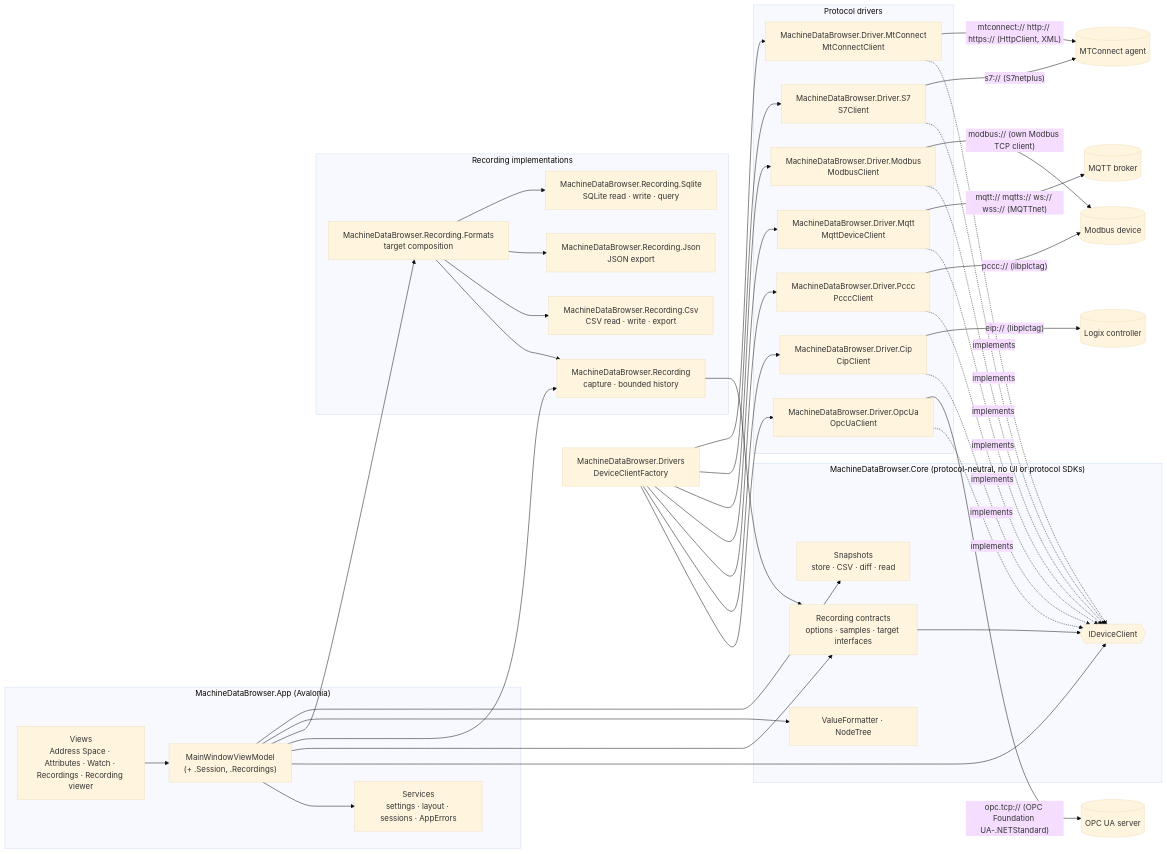
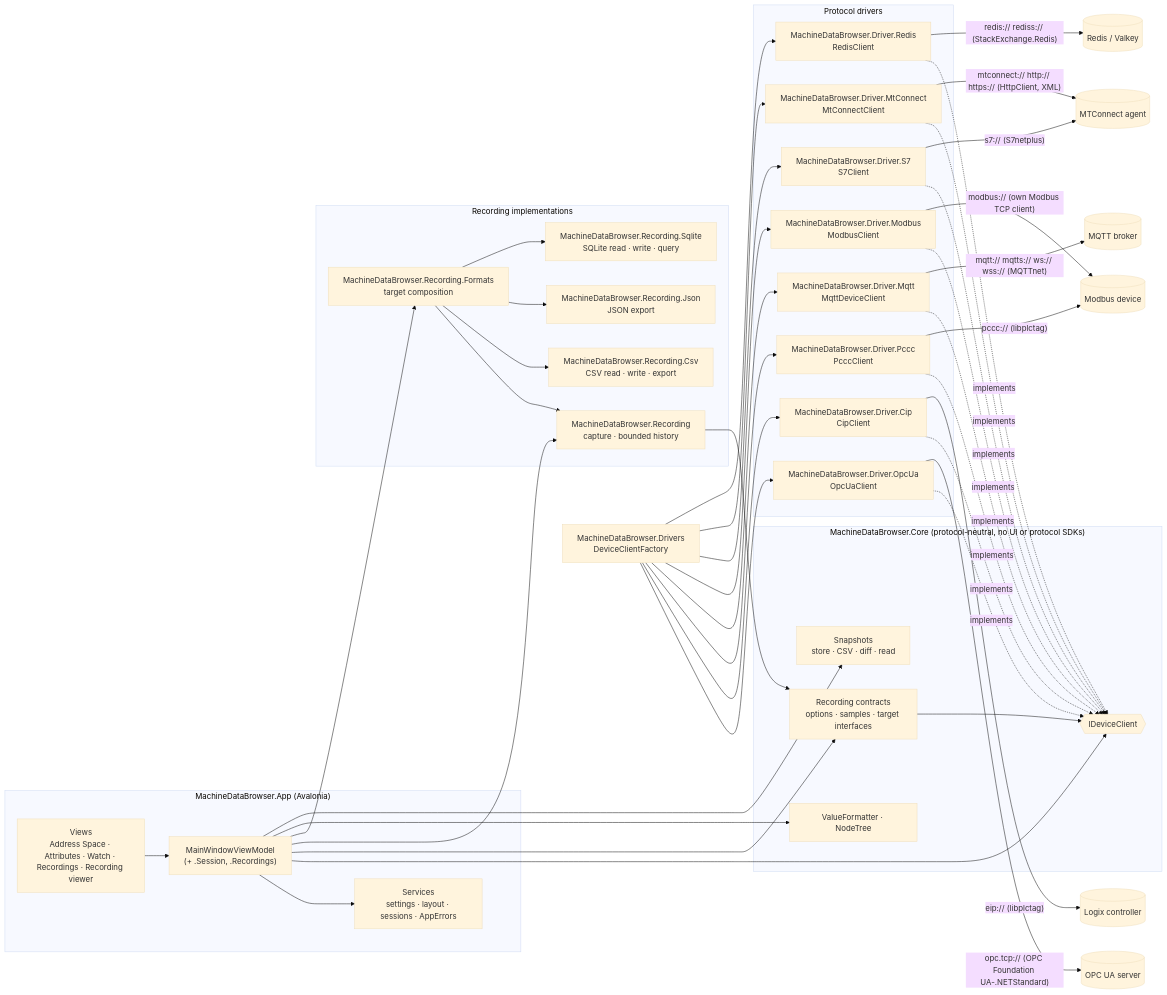
The first of 5 diagrams in docs/architecture.md (ZaoralJ/MachineDataBrowser), drawn with Mermaid (base theme) before and after one commit. The commit also changed other lines of this file and 35 other files, not shown here.

First line of the commit message:
feat(redis): add Redis and Valkey browser support (#214)

````diff
--- a/docs/architecture.md
+++ b/docs/architecture.md
@@ -18,70 +19,74 @@
 ```mermaid
 flowchart LR
     subgraph App["MachineDataBrowser.App (Avalonia)"]
         Views["Views<br/>Address Space · Attributes · Watch · Recordings · Recording viewer"]
         VM["MainWindowViewModel<br/>(+ .Session, .Recordings)"]
         Services["Services<br/>settings · layout · sessions · AppErrors"]
         Views --> VM
         VM --> Services
     end
 
     subgraph Core["MachineDataBrowser.Core (protocol-neutral, no UI or protocol SDKs)"]
         IDC{{"IDeviceClient"}}
         Rec["Recording contracts<br/>options · samples · target interfaces"]
         Fmt["ValueFormatter · NodeTree"]
         Snap["Snapshots<br/>store · CSV · diff · read"]
         Rec --> IDC
     end
 
     subgraph Recording["Recording implementations"]
         Engine["MachineDataBrowser.Recording<br/>capture · bounded history"]
         Csv["MachineDataBrowser.Recording.Csv<br/>CSV read · write · export"]
         Json["MachineDataBrowser.Recording.Json<br/>JSON export"]
         Sqlite["MachineDataBrowser.Recording.Sqlite<br/>SQLite read · write · query"]
         Formats["MachineDataBrowser.Recording.Formats<br/>target composition"]
         Formats --> Engine
         Formats --> Csv
         Formats --> Json
         Formats --> Sqlite
     end
 
     subgraph Drivers["Protocol drivers"]
         Ua["MachineDataBrowser.Driver.OpcUa<br/>OpcUaClient"]
         Cip["MachineDataBrowser.Driver.Cip<br/>CipClient"]
         Pccc["MachineDataBrowser.Driver.Pccc<br/>PcccClient"]
         Mqtt["MachineDataBrowser.Driver.Mqtt<br/>MqttDeviceClient"]
         Modbus["MachineDataBrowser.Driver.Modbus<br/>ModbusClient"]
         S7["MachineDataBrowser.Driver.S7<br/>S7Client"]
-        Mtc["MachineDataBrowser.Driver.MtConnect<br/>MtConnectClient"]
+         Mtc["MachineDataBrowser.Driver.MtConnect<br/>MtConnectClient"]
+         Redis["MachineDataBrowser.Driver.Redis<br/>RedisClient"]
     end
     Composition["MachineDataBrowser.Drivers<br/>DeviceClientFactory"]
     Composition --> Ua
     Composition --> Cip
     Composition --> Pccc
     Composition --> Mqtt
     Composition --> Modbus
     Composition --> S7
     Composition --> Mtc
+    Composition --> Redis
     Ua -. implements .-> IDC
     Cip -. implements .-> IDC
     Pccc -. implements .-> IDC
     Mqtt -. implements .-> IDC
     Modbus -. implements .-> IDC
     S7 -. implements .-> IDC
     Mtc -. implements .-> IDC
+    Redis -. implements .-> IDC
     VM --> IDC
     VM --> Rec
     VM --> Engine
     VM --> Formats
     Engine --> Rec
     VM --> Fmt
     VM --> Snap
 
     Ua -- "opc.tcp:// (OPC Foundation UA-.NETStandard)" --> S1[(OPC UA server)]
     Cip -- "eip:// (libplctag)" --> S2[(Logix controller)]
     Pccc -- "pccc:// (libplctag)" --> S4[(SLC 500 / MicroLogix / PLC-5)]
     Mqtt -- "mqtt:// mqtts:// ws:// wss:// (MQTTnet)" --> S3[(MQTT broker)]
     Modbus -- "modbus:// (own Modbus TCP client)" --> S4[(Modbus device)]
     S7 -- "s7:// (S7netplus)" --> S5[(S7 controller)]
     Mtc -- "mtconnect:// http:// https:// (HttpClient, XML)" --> S5[(MTConnect agent)]
+    Redis -- "redis:// rediss:// (StackExchange.Redis)" --> S6[(Redis / Valkey)]
 ```
````
